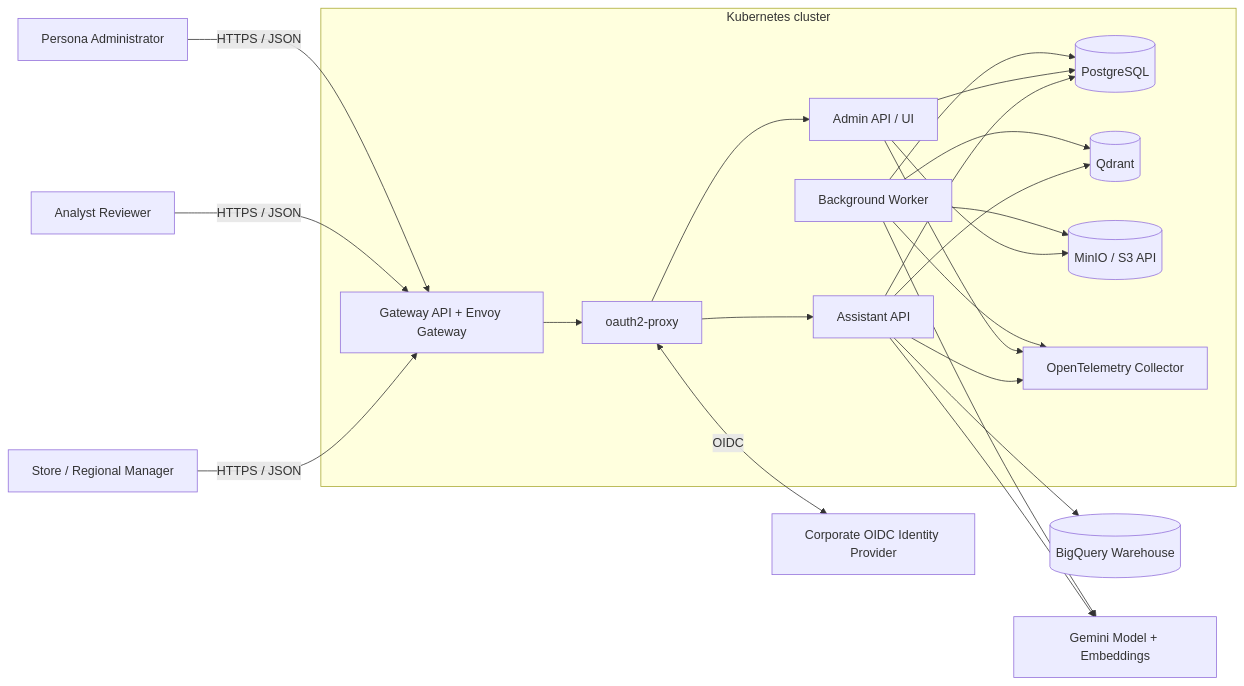
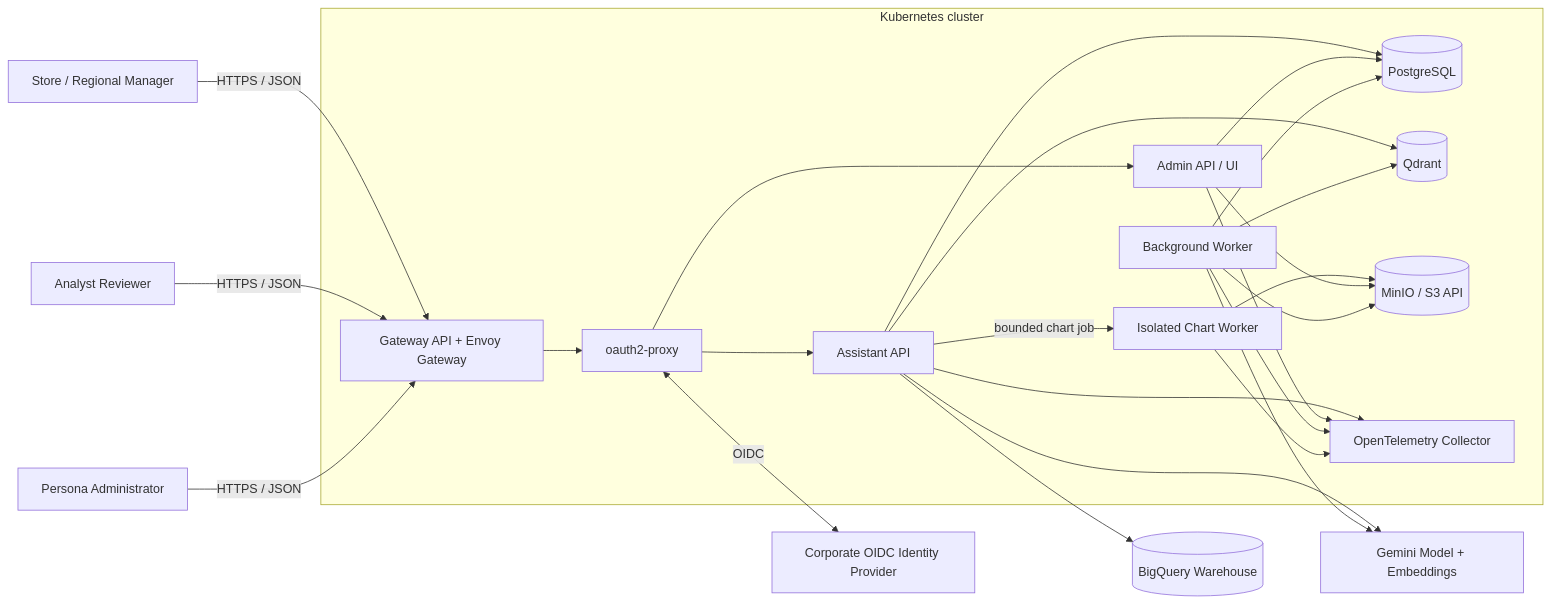
Before and after one commit to eugenenazirov/data-analysis-chat-assistant: the first of 4 diagrams in docs/architecture.md, drawn with Mermaid. The commit also changed other lines of this file and 7 other files, not shown here.

Commit message:
docs: align guidance with current architecture

````diff
--- a/docs/architecture.md
+++ b/docs/architecture.md
@@ -34,44 +34,48 @@
 ```mermaid
 flowchart LR
     Manager["Store / Regional Manager"]
     Analyst["Analyst Reviewer"]
     Admin["Persona Administrator"]
     IdP["Corporate OIDC Identity Provider"]
 
     subgraph Cluster["Kubernetes cluster"]
         Gateway["Gateway API + Envoy Gateway"]
         Auth["oauth2-proxy"]
         Assistant["Assistant API"]
         AdminApp["Admin API / UI"]
         Worker["Background Worker"]
+        ChartWorker["Isolated Chart Worker"]
         Postgres[("PostgreSQL")]
         Qdrant[("Qdrant")]
         MinIO[("MinIO / S3 API")]
         OTel["OpenTelemetry Collector"]
     end
 
     BigQuery[("BigQuery Warehouse")]
     Gemini["Gemini Model + Embeddings"]
 
     Manager -->|"HTTPS / JSON"| Gateway
     Analyst -->|"HTTPS / JSON"| Gateway
     Admin -->|"HTTPS / JSON"| Gateway
     Gateway --> Auth
     Auth <-->|"OIDC"| IdP
     Auth --> Assistant
     Auth --> AdminApp
 
     Assistant --> Postgres
     Assistant --> Qdrant
     Assistant --> BigQuery
     Assistant --> Gemini
+    Assistant -->|"bounded chart job"| ChartWorker
+    ChartWorker --> MinIO
     AdminApp --> Postgres
     AdminApp --> MinIO
     Worker --> Postgres
     Worker --> Gemini
     Worker --> Qdrant
     Worker --> MinIO
     Assistant --> OTel
     AdminApp --> OTel
     Worker --> OTel
+    ChartWorker --> OTel
 ```
````
